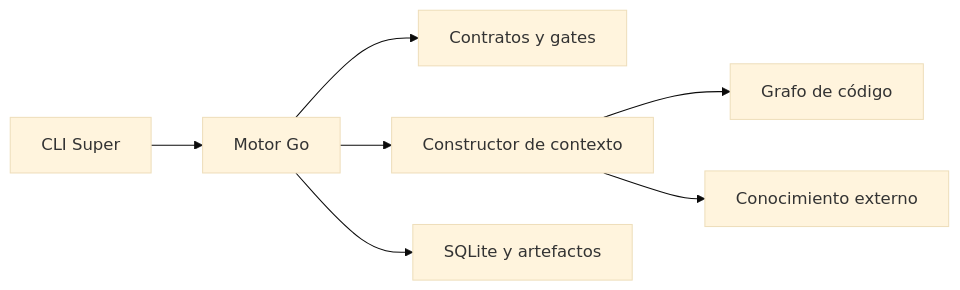
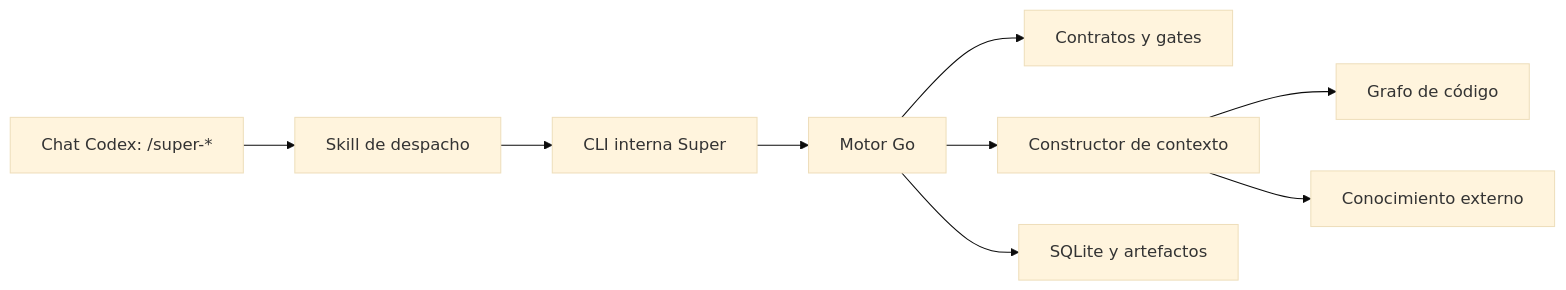
Before and after one commit to chrismdiez/superharness: the first of 2 diagrams in super-sdd-plan/03-arquitectura-go-y-estado.md, drawn with Mermaid (base theme). The commit also changed other lines of this file and 11 other files, not shown here.

````diff
--- a/super-sdd-plan/03-arquitectura-go-y-estado.md
+++ b/super-sdd-plan/03-arquitectura-go-y-estado.md
@@ -22,11 +22,13 @@
 ```mermaid
 flowchart LR
   accTitle: Control del flujo y conocimiento
-  accDescr: La CLI invoca el motor, que valida contratos, prepara contexto y conserva el estado.
-  CLI["CLI Super"] --> Engine["Motor Go"]
+  accDescr: El chat activa una skill que invoca Go; el motor valida contratos, prepara contexto y conserva el estado.
+  Chat["Chat Codex: /super-*"] --> Skill["Skill de despacho"]
+  Skill --> CLI["CLI interna Super"]
+  CLI --> Engine["Motor Go"]
   Engine --> Contracts["Contratos y gates"]
   Engine --> Context["Constructor de contexto"]
   Engine --> State["SQLite y artefactos"]
   Context --> Graph["Grafo de código"]
   Context --> Docs["Conocimiento externo"]
 ```
````
